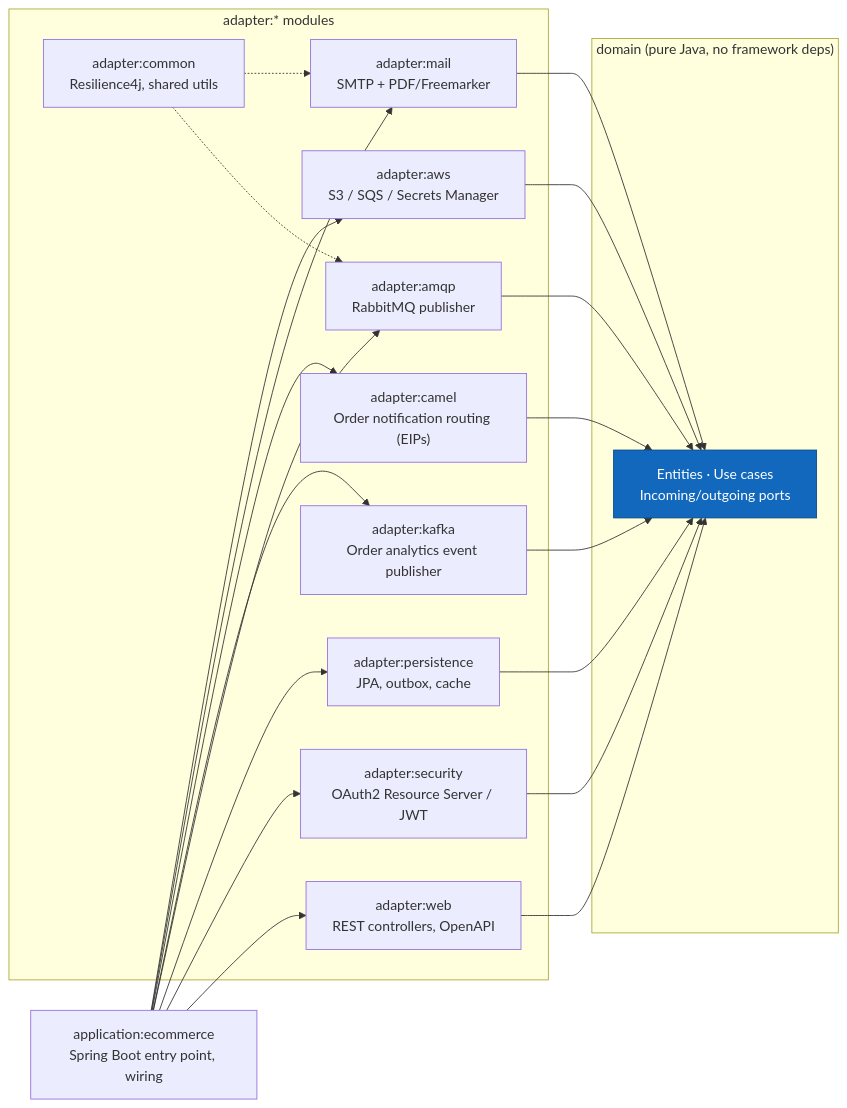
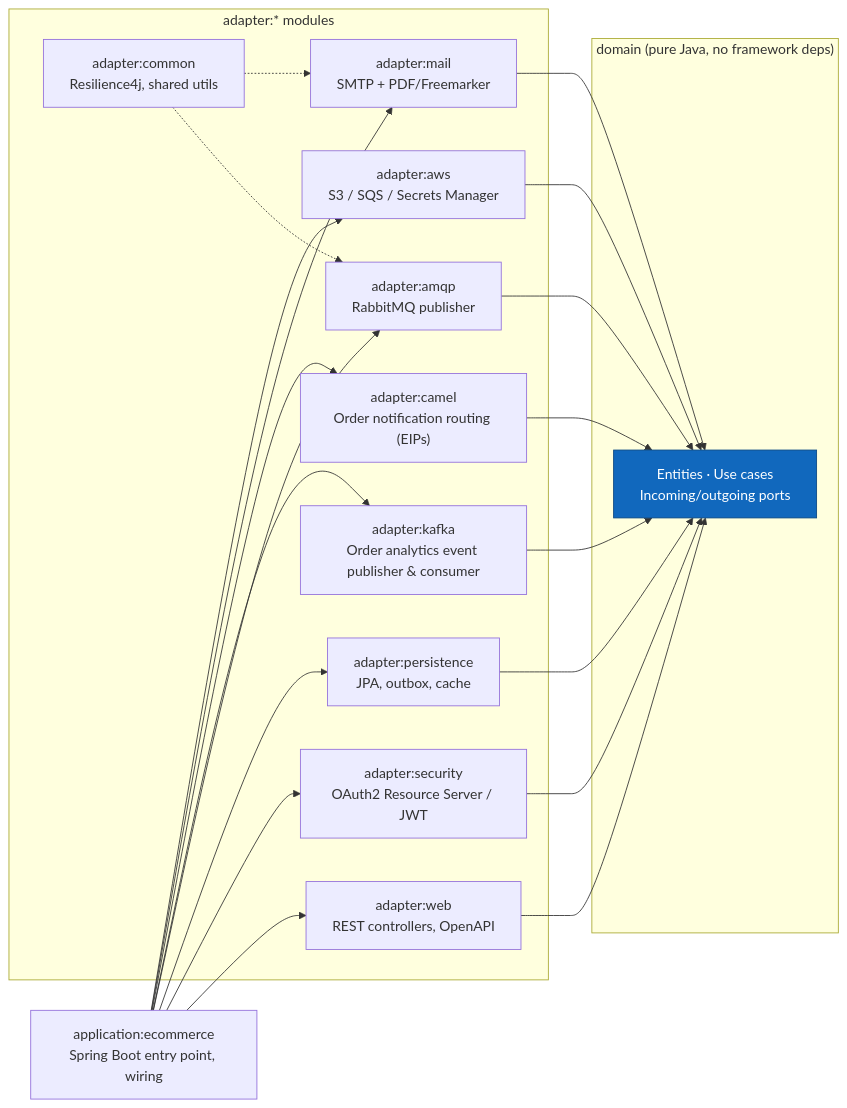
The third of 4 diagrams in docs/architecture/README.md (chrobakpiotr/showcase-application), drawn with Mermaid before and after one commit. The commit also changed other lines of this file and 34 other files, not shown here.

Commit message:
feat(kafka): order-analytics consumer and read model added

````diff
--- a/docs/architecture/README.md
+++ b/docs/architecture/README.md
@@ -85,42 +85,42 @@
 ```mermaid
 graph LR
     subgraph domain_box["domain (pure Java, no framework deps)"]
         domain["Entities · Use cases<br/>Incoming/outgoing ports"]
     end
 
     subgraph adapters["adapter:* modules"]
         web["adapter:web<br/>REST controllers, OpenAPI"]
         security["adapter:security<br/>OAuth2 Resource Server / JWT"]
         persistence["adapter:persistence<br/>JPA, outbox, cache"]
         amqp["adapter:amqp<br/>RabbitMQ publisher"]
-        kafka["adapter:kafka<br/>Order analytics event publisher"]
+        kafka["adapter:kafka<br/>Order analytics event publisher & consumer"]
         camel["adapter:camel<br/>Order notification routing (EIPs)"]
         mail["adapter:mail<br/>SMTP + PDF/Freemarker"]
         aws["adapter:aws<br/>S3 / SQS / Secrets Manager"]
         common["adapter:common<br/>Resilience4j, shared utils"]
     end
 
     app["application:ecommerce<br/>Spring Boot entry point, wiring"]
 
     web --> domain
     security --> domain
     persistence --> domain
     amqp --> domain
     kafka --> domain
     camel --> domain
     mail --> domain
     aws --> domain
     common -.-> amqp
     common -.-> mail
 
     app --> web
     app --> security
     app --> persistence
     app --> amqp
     app --> kafka
     app --> camel
     app --> mail
     app --> aws
 
     style domain fill:#1168bd,stroke:#0b4884,color:#fff
 ```
````
